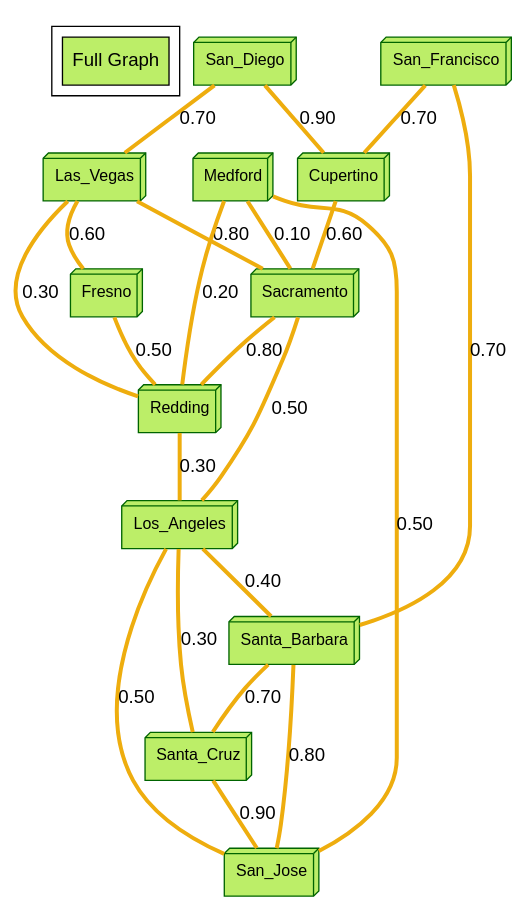
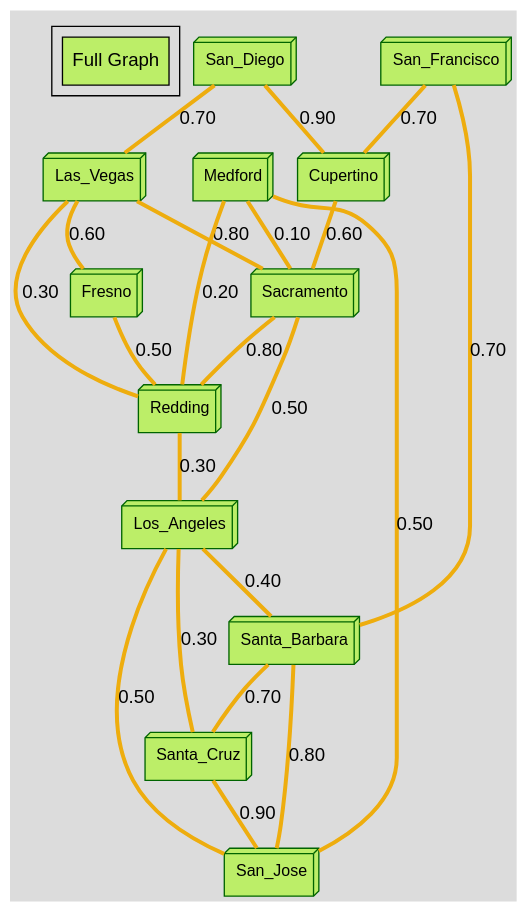
One commit to parsokev/graph_repo changed the diagram in dot_graphs/full_graph.gv. Above: the diagram before and after it, drawn with Graphviz. The commit also changed 2 other files, not shown here.

Commit message:
Updated dot language formatted graph file samples

```diff
--- a/dot_graphs/full_graph.gv
+++ b/dot_graphs/full_graph.gv
@@ -1,42 +1,41 @@
 strict graph main_graph {
 fontname="DejaVu Sans,Arial,sans-serif"
 node [fontname="Impact,Arial,sans-serif"]
 edge [fontname="Comic Sans,Arial,sans-serif"]
 node [style=filled fillcolor="darkolivegreen2"]
-ratio=auto
-landscape=false
+ratio=auto landscape=false bgcolor="gainsboro"
 subgraph cluster {"Full Graph" [shape=box fontsize=14 label="Full Graph" tooltip="All Nodes"] }
 San_Diego [label="San_Diego" id="San_Diego" fontsize=12 shape=box3d tooltip="San_Diego" color="darkgreen" fillcolor="darkolivegreen2"]
 Las_Vegas [label="Las_Vegas" id="Las_Vegas" fontsize=12 shape=box3d tooltip="Las_Vegas" color="darkgreen" fillcolor="darkolivegreen2"]
 San_Diego -- Las_Vegas [label="0.70" weight=60 penwidth=3 color="darkgoldenrod2" tooltip="San_Diego -- Las_Vegas" labeltooltip="San_Diego -- Las_Vegas"]
 Cupertino [label="Cupertino" id="Cupertino" fontsize=12 shape=box3d tooltip="Cupertino" color="darkgreen" fillcolor="darkolivegreen2"]
 San_Diego -- Cupertino [label="0.90" weight=60 penwidth=3 color="darkgoldenrod2" tooltip="San_Diego -- Cupertino" labeltooltip="San_Diego -- Cupertino"]
 Sacramento [label="Sacramento" id="Sacramento" fontsize=12 shape=box3d tooltip="Sacramento" color="darkgreen" fillcolor="darkolivegreen2"]
 Cupertino -- Sacramento [label="0.60" weight=60 penwidth=3 color="darkgoldenrod2" tooltip="Cupertino -- Sacramento" labeltooltip="Cupertino -- Sacramento"]
 Las_Vegas -- Sacramento [label="0.80" weight=60 penwidth=3 color="darkgoldenrod2" tooltip="Las_Vegas -- Sacramento" labeltooltip="Las_Vegas -- Sacramento"]
 San_Francisco [label="San_Francisco" id="San_Francisco" fontsize=12 shape=box3d tooltip="San_Francisco" color="darkgreen" fillcolor="darkolivegreen2"]
 San_Francisco -- Cupertino [label="0.70" weight=60 penwidth=3 color="darkgoldenrod2" tooltip="San_Francisco -- Cupertino" labeltooltip="San_Francisco -- Cupertino"]
 Santa_Barbara [label="Santa_Barbara" id="Santa_Barbara" fontsize=12 shape=box3d tooltip="Santa_Barbara" color="darkgreen" fillcolor="darkolivegreen2"]
 San_Francisco -- Santa_Barbara [label="0.70" weight=60 penwidth=3 color="darkgoldenrod2" tooltip="San_Francisco -- Santa_Barbara" labeltooltip="San_Francisco -- Santa_Barbara"]
 Fresno [label="Fresno" id="Fresno" fontsize=12 shape=box3d tooltip="Fresno" color="darkgreen" fillcolor="darkolivegreen2"]
 Las_Vegas -- Fresno [label="0.60" weight=60 penwidth=3 color="darkgoldenrod2" tooltip="Las_Vegas -- Fresno" labeltooltip="Las_Vegas -- Fresno"]
 Redding [label="Redding" id="Redding" fontsize=12 shape=box3d tooltip="Redding" color="darkgreen" fillcolor="darkolivegreen2"]
 Las_Vegas -- Redding [label="0.30" weight=60 penwidth=3 color="darkgoldenrod2" tooltip="Las_Vegas -- Redding" labeltooltip="Las_Vegas -- Redding"]
 Fresno -- Redding [label="0.50" weight=60 penwidth=3 color="darkgoldenrod2" tooltip="Fresno -- Redding" labeltooltip="Fresno -- Redding"]
 Sacramento -- Redding [label="0.80" weight=60 penwidth=3 color="darkgoldenrod2" tooltip="Sacramento -- Redding" labeltooltip="Sacramento -- Redding"]
 Medford [label="Medford" id="Medford" fontsize=12 shape=box3d tooltip="Medford" color="darkgreen" fillcolor="darkolivegreen2"]
 Medford -- Redding [label="0.20" weight=60 penwidth=3 color="darkgoldenrod2" tooltip="Medford -- Redding" labeltooltip="Medford -- Redding"]
 Medford -- Sacramento [label="0.10" weight=60 penwidth=3 color="darkgoldenrod2" tooltip="Medford -- Sacramento" labeltooltip="Medford -- Sacramento"]
 Los_Angeles [label="Los_Angeles" id="Los_Angeles" fontsize=12 shape=box3d tooltip="Los_Angeles" color="darkgreen" fillcolor="darkolivegreen2"]
 Redding -- Los_Angeles [label="0.30" weight=60 penwidth=3 color="darkgoldenrod2" tooltip="Redding -- Los_Angeles" labeltooltip="Redding -- Los_Angeles"]
 Los_Angeles -- Sacramento [label="0.50" weight=60 penwidth=3 color="darkgoldenrod2" tooltip="Los_Angeles -- Sacramento" labeltooltip="Los_Angeles -- Sacramento"]
 San_Jose [label="San_Jose" id="San_Jose" fontsize=12 shape=box3d tooltip="San_Jose" color="darkgreen" fillcolor="darkolivegreen2"]
 Medford -- San_Jose [label="0.50" weight=60 penwidth=3 color="darkgoldenrod2" tooltip="Medford -- San_Jose" labeltooltip="Medford -- San_Jose"]
 Los_Angeles -- San_Jose [label="0.50" weight=60 penwidth=3 color="darkgoldenrod2" tooltip="Los_Angeles -- San_Jose" labeltooltip="Los_Angeles -- San_Jose"]
 Los_Angeles -- Santa_Barbara [label="0.40" weight=60 penwidth=3 color="darkgoldenrod2" tooltip="Los_Angeles -- Santa_Barbara" labeltooltip="Los_Angeles -- Santa_Barbara"]
 Santa_Cruz [label="Santa_Cruz" id="Santa_Cruz" fontsize=12 shape=box3d tooltip="Santa_Cruz" color="darkgreen" fillcolor="darkolivegreen2"]
 Los_Angeles -- Santa_Cruz [label="0.30" weight=60 penwidth=3 color="darkgoldenrod2" tooltip="Los_Angeles -- Santa_Cruz" labeltooltip="Los_Angeles -- Santa_Cruz"]
 Santa_Barbara -- Santa_Cruz [label="0.70" weight=60 penwidth=3 color="darkgoldenrod2" tooltip="Santa_Barbara -- Santa_Cruz" labeltooltip="Santa_Barbara -- Santa_Cruz"]
 Santa_Cruz -- San_Jose [label="0.90" weight=60 penwidth=3 color="darkgoldenrod2" tooltip="Santa_Cruz -- San_Jose" labeltooltip="Santa_Cruz -- San_Jose"]
 Santa_Barbara -- San_Jose [label="0.80" weight=60 penwidth=3 color="darkgoldenrod2" tooltip="Santa_Barbara -- San_Jose" labeltooltip="Santa_Barbara -- San_Jose"]
 }
```
